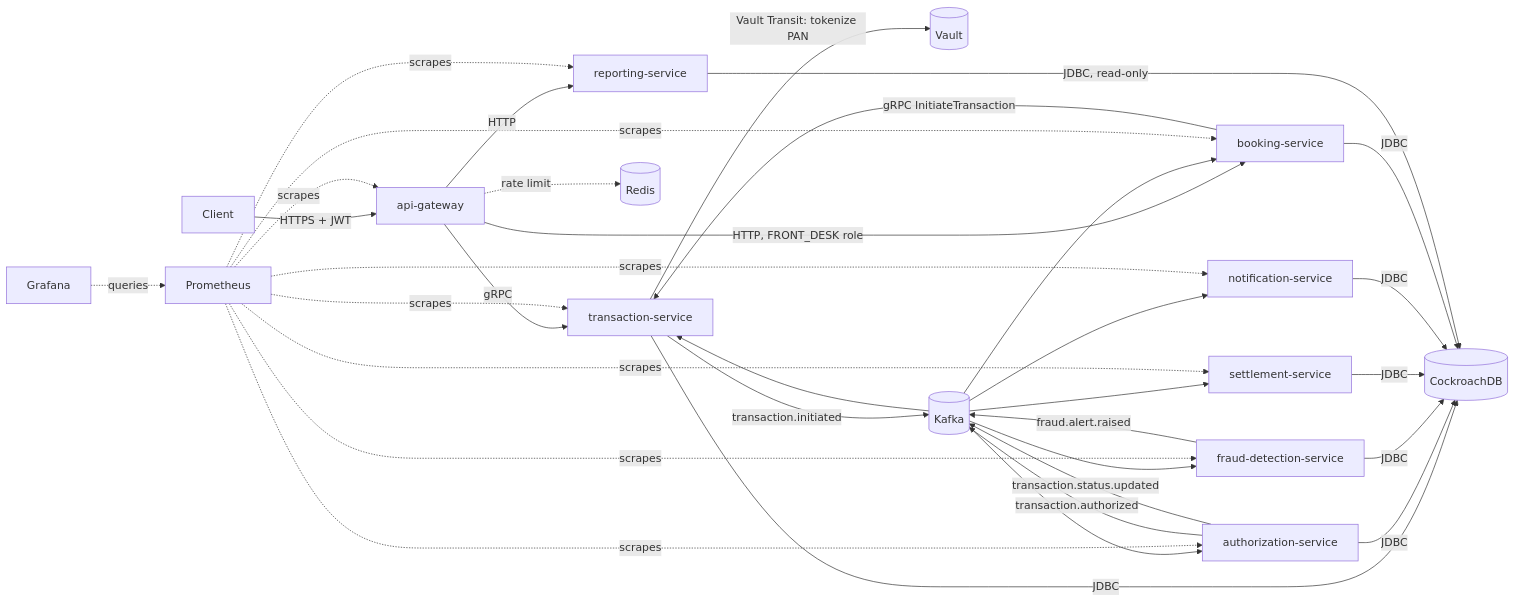
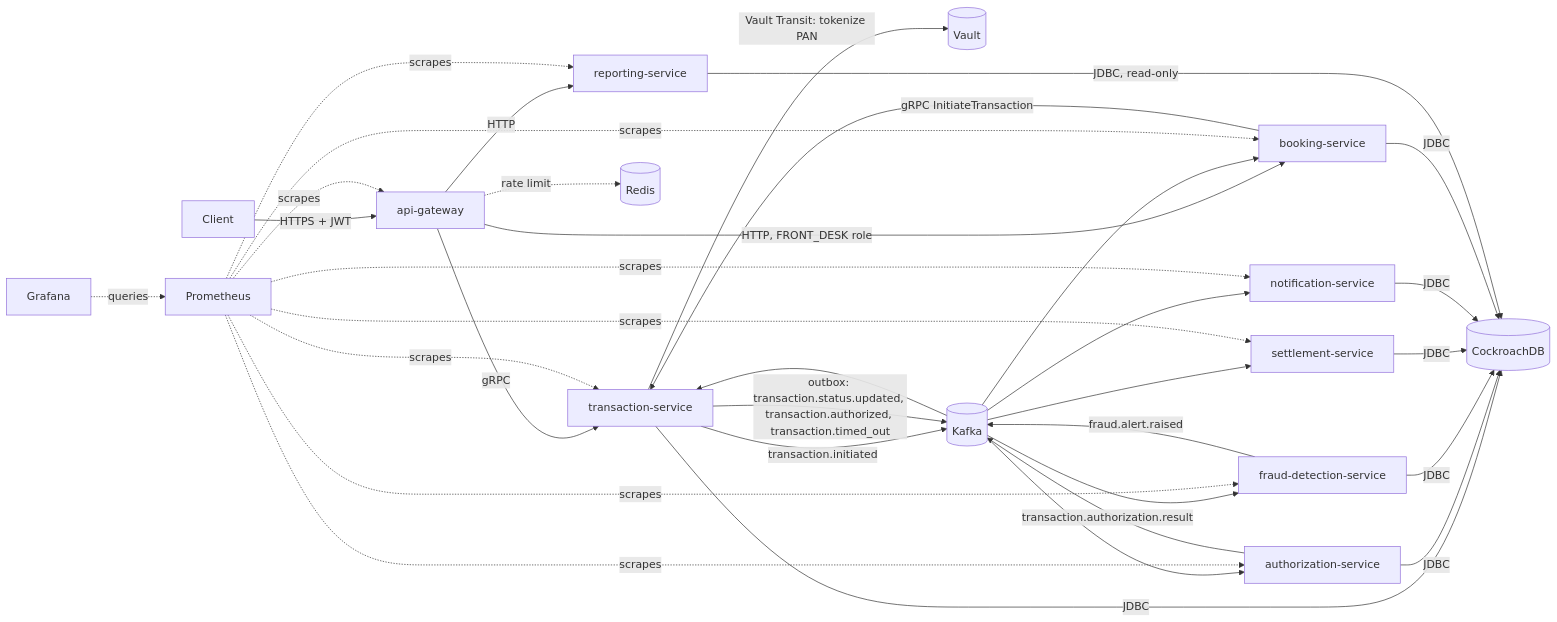
Before and after one commit to abhishek7699/Credit_card_Management: the diagram in README.md, drawn with Mermaid. The commit also changed other lines of this file and 1 other file, not shown here.

Commit message:
docs(013): README architecture, outbox and timeout, known limitations; design status

````diff
--- a/README.md
+++ b/README.md
@@ -38,29 +38,29 @@
 ```mermaid
 flowchart LR
     Client -->|HTTPS + JWT| Gateway[api-gateway]
     Gateway -->|gRPC| Txn[transaction-service]
     Gateway -->|HTTP| Report[reporting-service]
     Gateway -->|HTTP, FRONT_DESK role| Booking[booking-service]
     Gateway -.->|rate limit| Redis[(Redis)]
 
     Txn -->|Vault Transit: tokenize PAN| Vault[(Vault)]
     Txn -->|transaction.initiated| Kafka[(Kafka)]
 
     Kafka --> Auth[authorization-service]
     Kafka --> Fraud[fraud-detection-service]
-    Auth -->|transaction.authorized| Kafka
+    Auth -->|transaction.authorization.result| Kafka
+    Kafka --> Txn
+    Txn -->|outbox: transaction.status.updated, transaction.authorized, transaction.timed_out| Kafka
     Kafka --> Settle[settlement-service]
-    Auth -->|transaction.status.updated| Kafka
     Fraud -->|fraud.alert.raised| Kafka
     Kafka --> Notify[notification-service]
-    Kafka --> Txn
     Kafka --> Booking
 
     Booking -->|gRPC InitiateTransaction| Txn
 
     Txn & Auth & Fraud & Settle & Notify & Booking -->|JDBC| CRDB[(CockroachDB)]
     Report -->|JDBC, read-only| CRDB
 
     Prom[Prometheus] -.scrapes.-> Txn & Auth & Fraud & Settle & Notify & Report & Gateway & Booking
     Grafana -.queries.-> Prom
 ```
````
